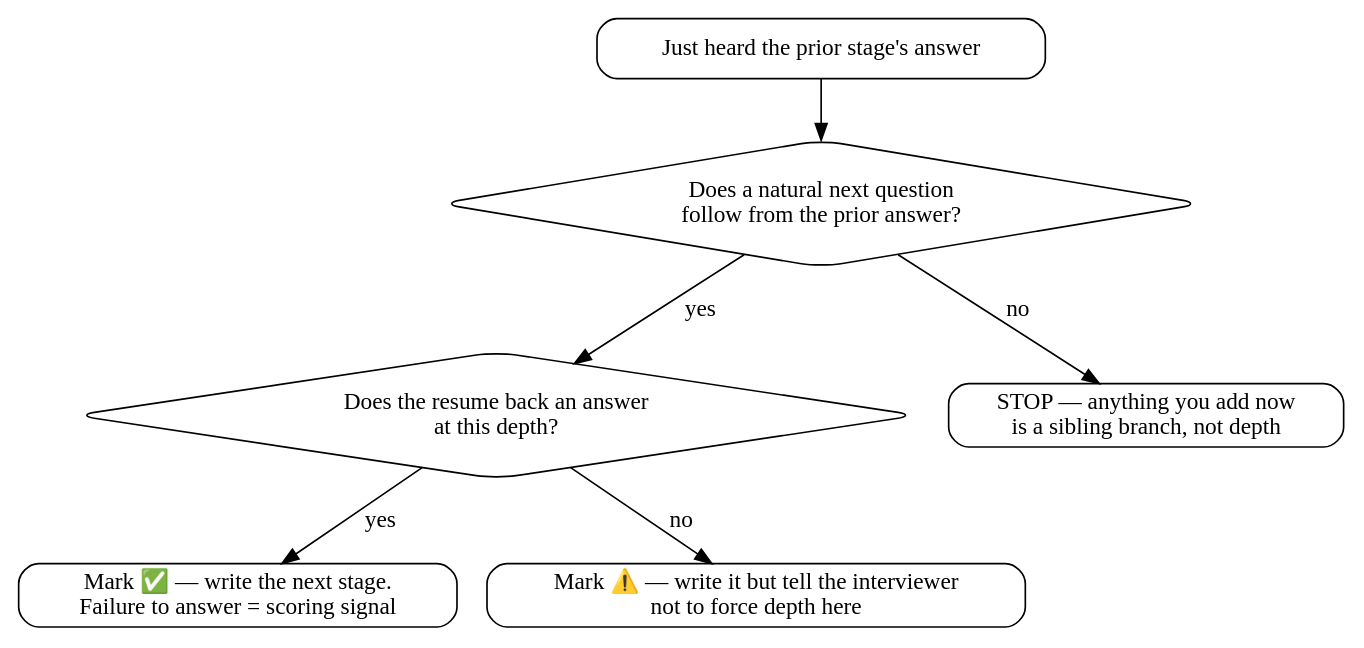
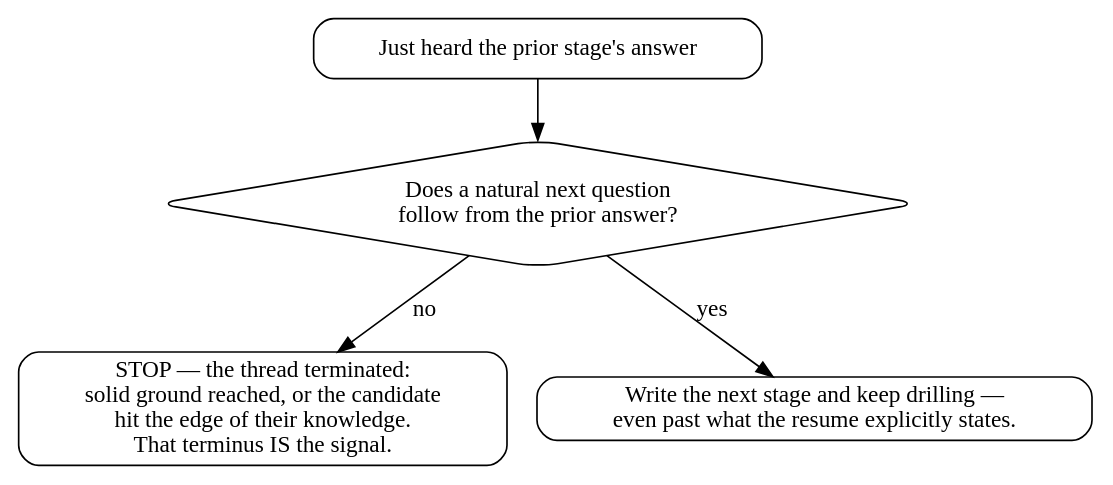
Before and after one commit to toongri/oh-my-toong-playground: the second of 2 diagrams in skills/mock-interview/SKILL.md, drawn with Graphviz. The commit also changed other lines of this file and 1 other file, not shown here.

````diff
--- a/skills/mock-interview/SKILL.md
+++ b/skills/mock-interview/SKILL.md
@@ -103,15 +105,12 @@
 ```dot
 digraph chain_depth {
     rankdir=TB;
     node [shape=box, style=rounded];
 
     "Does a natural next question\nfollow from the prior answer?" [shape=diamond];
-    "Does the resume back an answer\nat this depth?" [shape=diamond];
 
     "Just heard the prior stage's answer" -> "Does a natural next question\nfollow from the prior answer?";
-    "Does a natural next question\nfollow from the prior answer?" -> "STOP — anything you add now\nis a sibling branch, not depth" [label="no"];
-    "Does a natural next question\nfollow from the prior answer?" -> "Does the resume back an answer\nat this depth?" [label="yes"];
-    "Does the resume back an answer\nat this depth?" -> "Mark ✅ — write the next stage.\nFailure to answer = scoring signal" [label="yes"];
-    "Does the resume back an answer\nat this depth?" -> "Mark ⚠️ — write it but tell the interviewer\nnot to force depth here" [label="no"];
+    "Does a natural next question\nfollow from the prior answer?" -> "STOP — the thread terminated:\nsolid ground reached, or the candidate\nhit the edge of their knowledge.\nThat terminus IS the signal." [label="no"];
+    "Does a natural next question\nfollow from the prior answer?" -> "Write the next stage and keep drilling —\neven past what the resume explicitly states." [label="yes"];
 }
 ```
````
